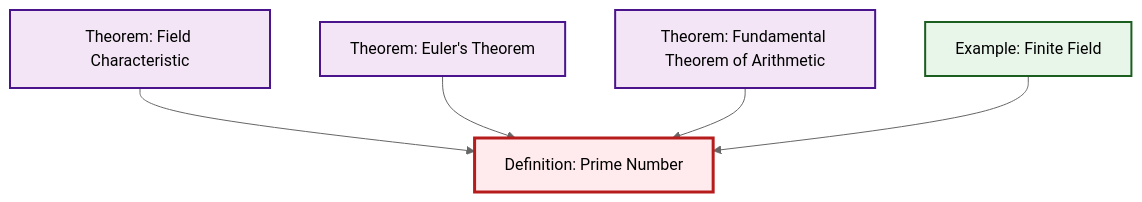
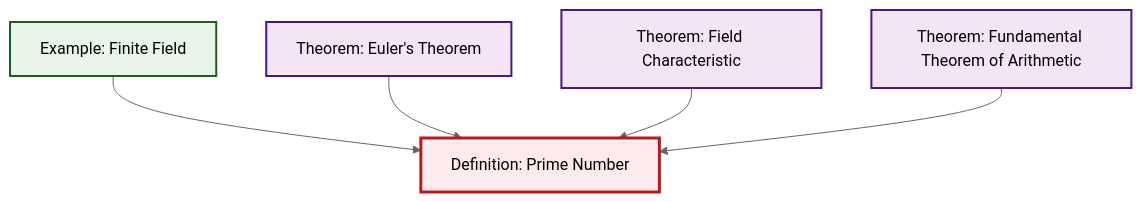
Before and after one commit to RK0429/ModernMath: the diagram in output/mermaid/def-prime.mermaid, drawn with Mermaid (neutral theme). The commit also changed other lines of this file and 174 other files, not shown here.

First line of the commit message:
feat: Introduce search index generation and knowledge graph enhancements

````diff
--- a/output/mermaid/def-prime.mermaid
+++ b/output/mermaid/def-prime.mermaid
@@ -1,19 +1,19 @@
 ```{mermaid}
 %%| fig-cap: "Local dependency graph"
 graph TD
     classDef definition fill:#e1f5fe,stroke:#01579b,stroke-width:2px
     classDef theorem fill:#f3e5f5,stroke:#4a148c,stroke-width:2px
     classDef axiom fill:#fff3e0,stroke:#e65100,stroke-width:2px
     classDef example fill:#e8f5e9,stroke:#1b5e20,stroke-width:2px
     classDef current fill:#ffebee,stroke:#b71c1c,stroke-width:3px
+    thm-fundamental-arithmetic["Theorem: Fundamental Theorem of Arithmetic"]:::theorem
+    ex-finite-field["Example: Finite Field"]:::example
+    def-prime["Definition: Prime Number"]:::definition
     thm-euler["Theorem: Euler's Theorem"]:::theorem
     thm-field-characteristic["Theorem: Field Characteristic"]:::theorem
-    thm-fundamental-arithmetic["Theorem: Fundamental Theorem of Arithmetic"]:::theorem
-    def-prime["Definition: Prime Number"]:::definition
-    ex-finite-field["Example: Finite Field"]:::example
+    ex-finite-field --> def-prime
+    thm-euler --> def-prime
     thm-field-characteristic --> def-prime
-    thm-euler --> def-prime
     thm-fundamental-arithmetic --> def-prime
-    ex-finite-field --> def-prime
     class def-prime current
 ```
````
